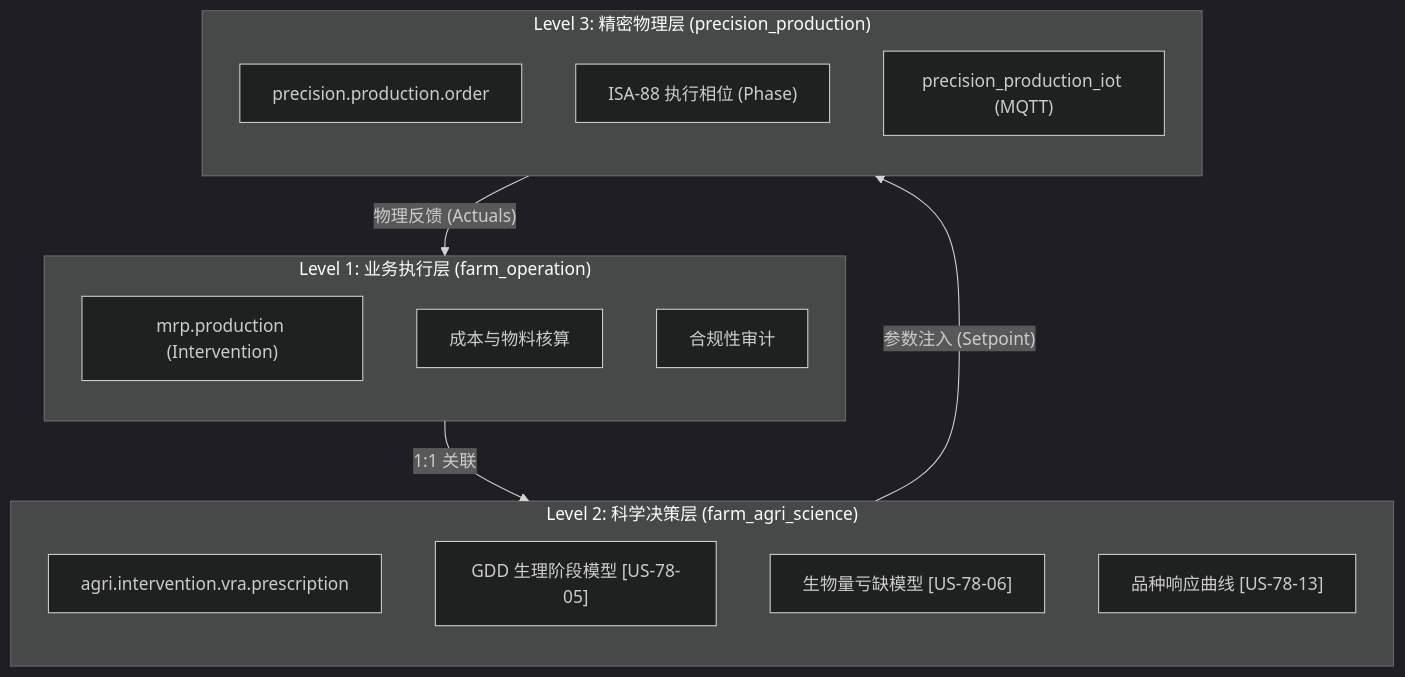
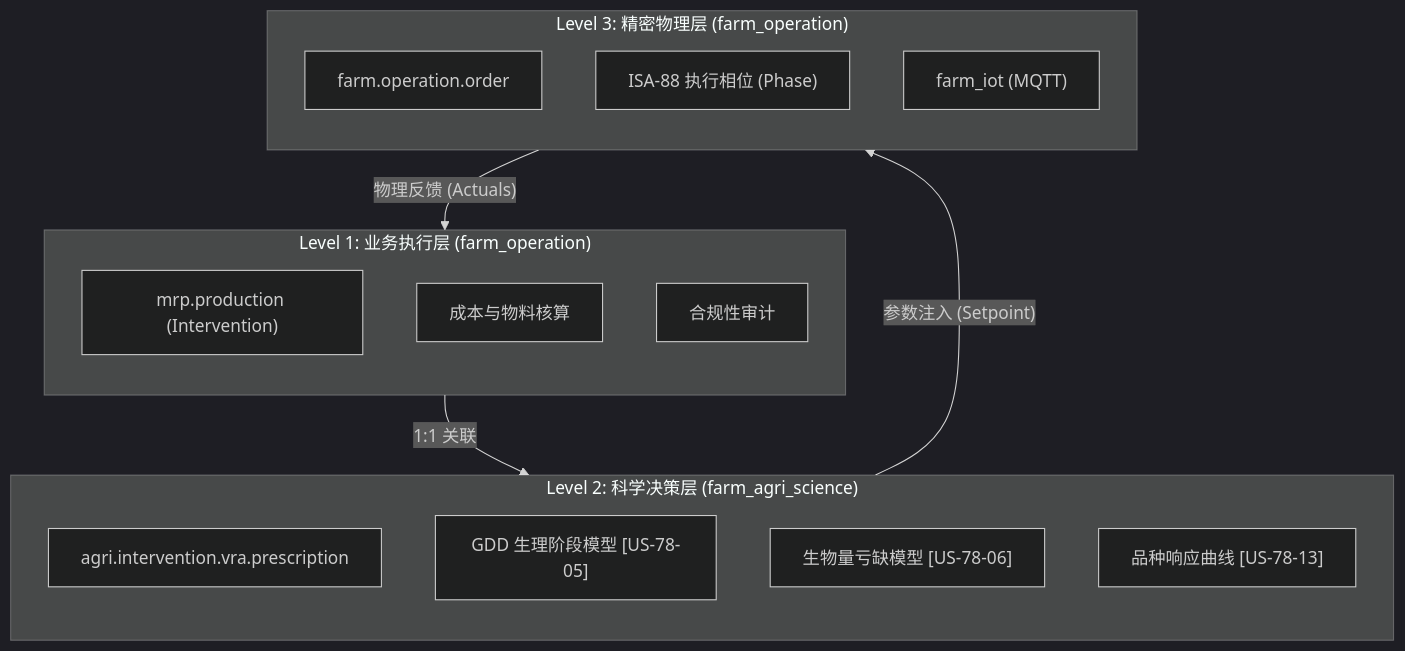
One commit to jeffery9/odoo-farm changed the diagram in docs/technical/architecture/INTERVENTION_SYSTEM_SPEC.md. Above: the diagram before and after it, drawn with Mermaid (dark theme). The commit also changed other lines of this file and 23 other files, not shown here.

Commit message:
docs: align project documentation with agricultural ISL architecture and removed modules

````diff
--- a/docs/technical/architecture/INTERVENTION_SYSTEM_SPEC.md
+++ b/docs/technical/architecture/INTERVENTION_SYSTEM_SPEC.md
@@ -13,28 +13,28 @@
 ```mermaid
 flowchart TD
     subgraph L1["Level 1: 业务执行层 (farm_operation)"]
         direction TB
         MO["mrp.production (Intervention)"]
         Cost["成本与物料核算"]
         Compliance["合规性审计"]
     end
 
     subgraph L2["Level 2: 科学决策层 (farm_agri_science)"]
         direction TB
         VRA["agri.intervention.vra.prescription"]
         Growth["GDD 生理阶段模型 [US-78-05]"]
         Deficit["生物量亏缺模型 [US-78-06]"]
         Response["品种响应曲线 [US-78-13]"]
     end
 
-    subgraph L3["Level 3: 精密物理层 (precision_production)"]
+    subgraph L3["Level 3: 精密物理层 (farm_operation)"]
         direction TB
-        PO["precision.production.order"]
+        PO["farm.operation.order"]
         Phase["ISA-88 执行相位 (Phase)"]
-        IoT["precision_production_iot (MQTT)"]
+        IoT["farm_iot (MQTT)"]
     end
 
     MO -- "1:1 关联" --> VRA
     VRA -- "参数注入 (Setpoint)" --> PO
     PO -- "物理反馈 (Actuals)" --> MO
 ```
````
